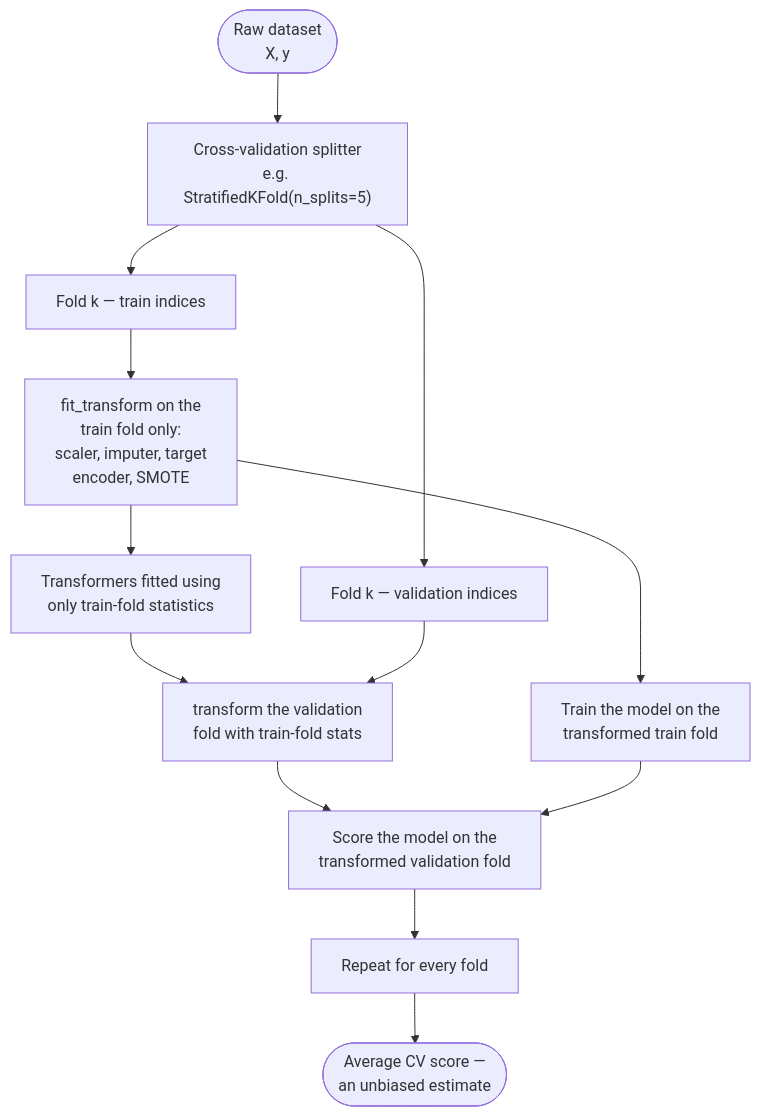
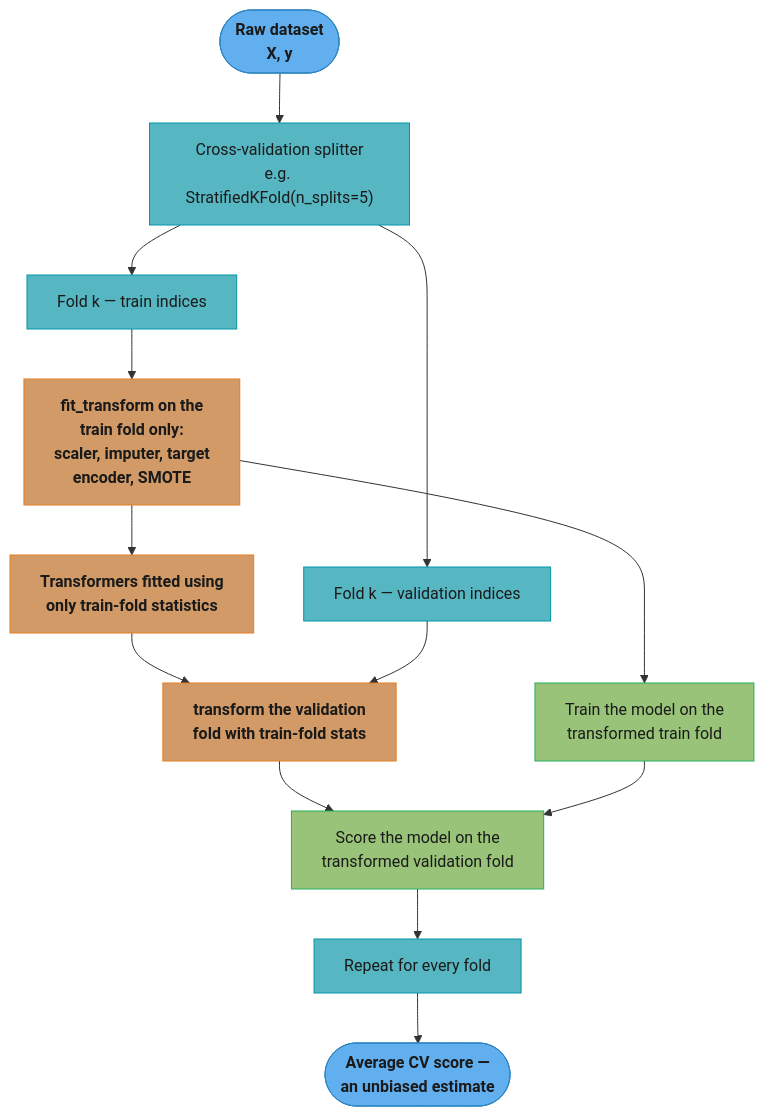
One commit to rppol/system-design changed the second of 2 diagrams in src/main/java/com/rutik/systemdesign/ml/imbalanced_data_and_leakage_traps/imbalanced_data_and_leakage_traps.md. Above: the diagram before and after it, drawn with Mermaid. The commit also changed other lines of this file and 38 other files, not shown here.

````diff
--- a/src/main/java/com/rutik/systemdesign/ml/imbalanced_data_and_leakage_traps/imbalanced_data_and_leakage_traps.md
+++ b/src/main/java/com/rutik/systemdesign/ml/imbalanced_data_and_leakage_traps/imbalanced_data_and_leakage_traps.md
@@ -171,15 +185,28 @@
 ```mermaid
 flowchart TD
+    classDef io      fill:#61afef,stroke:#2e86c1,color:#1a1a1a,font-weight:bold
+    classDef frozen  fill:#c678dd,stroke:#9b59b6,color:#fff
+    classDef train   fill:#98c379,stroke:#27ae60,color:#1a1a1a
+    classDef mathOp  fill:#d19a66,stroke:#e67e22,color:#1a1a1a,font-weight:bold
+    classDef lossN   fill:#e06c75,stroke:#c0392b,color:#fff,font-weight:bold
+    classDef req     fill:#56b6c2,stroke:#0097a7,color:#1a1a1a
+    classDef base    fill:#e5c07b,stroke:#f39c12,color:#1a1a1a
+
     A(["Raw dataset\nX, y"]) --> B["Cross-validation splitter\ne.g. StratifiedKFold(n_splits=5)"]
     B --> C["Fold k — train indices"]
     B --> D["Fold k — validation indices"]
     C --> E["fit_transform on the\ntrain fold only:\nscaler, imputer, target\nencoder, SMOTE"]
     E --> F["Transformers fitted using\nonly train-fold statistics"]
     F --> G["transform the validation\nfold with train-fold stats"]
     D --> G
     E --> H["Train the model on the\ntransformed train fold"]
     G --> I["Score the model on the\ntransformed validation fold"]
     H --> I
     I --> J["Repeat for every fold"]
     J --> K(["Average CV score —\nan unbiased estimate"])
+
+    class A,K io
+    class B,C,D,J req
+    class E,F,G mathOp
+    class H,I train
 ```
````
